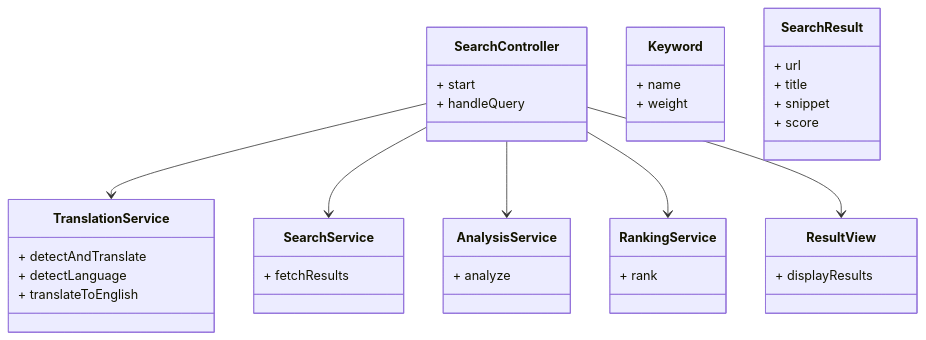
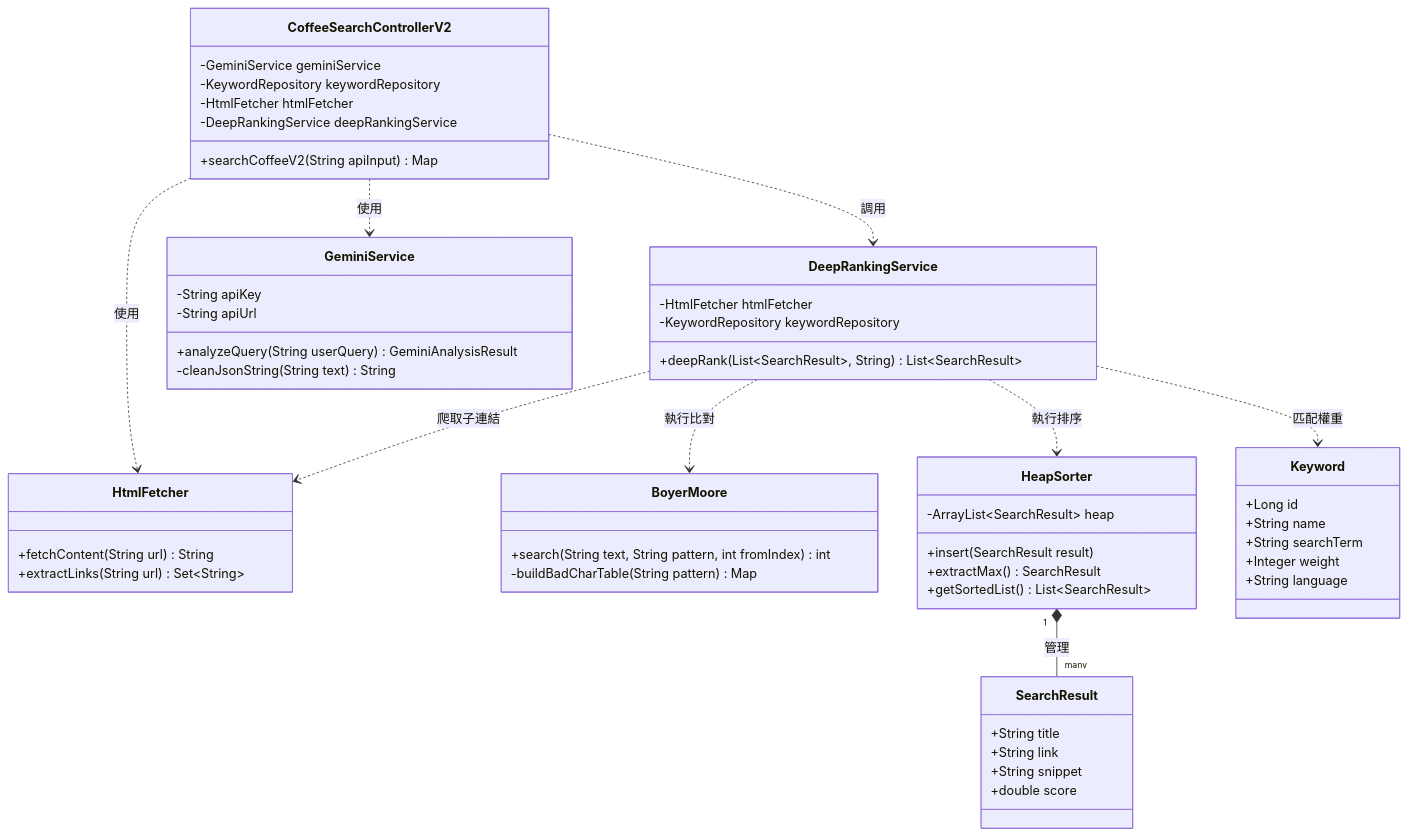
Before and after one commit to ylin08051005/DS_final_project: the third of 5 diagrams in README.md, drawn with Mermaid.

````diff
--- a/README.md
+++ b/README.md
@@ -105,47 +105,65 @@
 ```mermaid
 classDiagram
-  class SearchController {
-    + start
-    + handleQuery
-  }
+    class CoffeeSearchControllerV2 {
+        -GeminiService geminiService
+        -KeywordRepository keywordRepository
+        -HtmlFetcher htmlFetcher
+        -DeepRankingService deepRankingService
+        +searchCoffeeV2(String apiInput) Map
+    }
 
-  class TranslationService {
-    + detectAndTranslate
-    + detectLanguage
-    + translateToEnglish
-  }
+    class DeepRankingService {
+        -HtmlFetcher htmlFetcher
+        -KeywordRepository keywordRepository
+        +deepRank(List~SearchResult~, String) List~SearchResult~
+    }
 
-  class SearchService {
-    + fetchResults
-  }
+    class GeminiService {
+        -String apiKey
+        -String apiUrl
+        +analyzeQuery(String userQuery) GeminiAnalysisResult
+        -cleanJsonString(String text) String
+    }
 
-  class AnalysisService {
-    + analyze
-  }
+    class HtmlFetcher {
+        +fetchContent(String url) String
+        +extractLinks(String url) Set~String~
+    }
 
-  class RankingService {
-    + rank
-  }
+    class BoyerMoore {
+        +search(String text, String pattern, int fromIndex) int
+        -buildBadCharTable(String pattern) Map
+    }
 
-  class ResultView {
-    + displayResults
-  }
+    class HeapSorter {
+        -ArrayList~SearchResult~ heap
+        +insert(SearchResult result)
+        +extractMax() SearchResult
+        +getSortedList() List~SearchResult~
+    }
 
-  class Keyword {
-    + name
-    + weight
-  }
+    class SearchResult {
+        +String title
+        +String link
+        +String snippet
+        +double score
+    }
 
-  class SearchResult {
-    + url
-    + title
-    + snippet
-    + score
-  }
+    class Keyword {
+        +Long id
+        +String name
+        +String searchTerm
+        +Integer weight
+        +String language
+    }
 
-  SearchController --> TranslationService
-  SearchController --> SearchService
-  SearchController --> AnalysisService
-  SearchController --> RankingService
-  SearchController --> ResultView
+    %% 關係定義
+    CoffeeSearchControllerV2 ..> GeminiService : 使用
+    CoffeeSearchControllerV2 ..> DeepRankingService : 調用
+    CoffeeSearchControllerV2 ..> HtmlFetcher : 使用
+    DeepRankingService ..> BoyerMoore : 執行比對
+    DeepRankingService ..> HeapSorter : 執行排序
+    DeepRankingService ..> HtmlFetcher : 爬取子連結
+    HeapSorter "1" *-- "many" SearchResult : 管理
+    DeepRankingService ..> Keyword : 匹配權重
 ```
````
